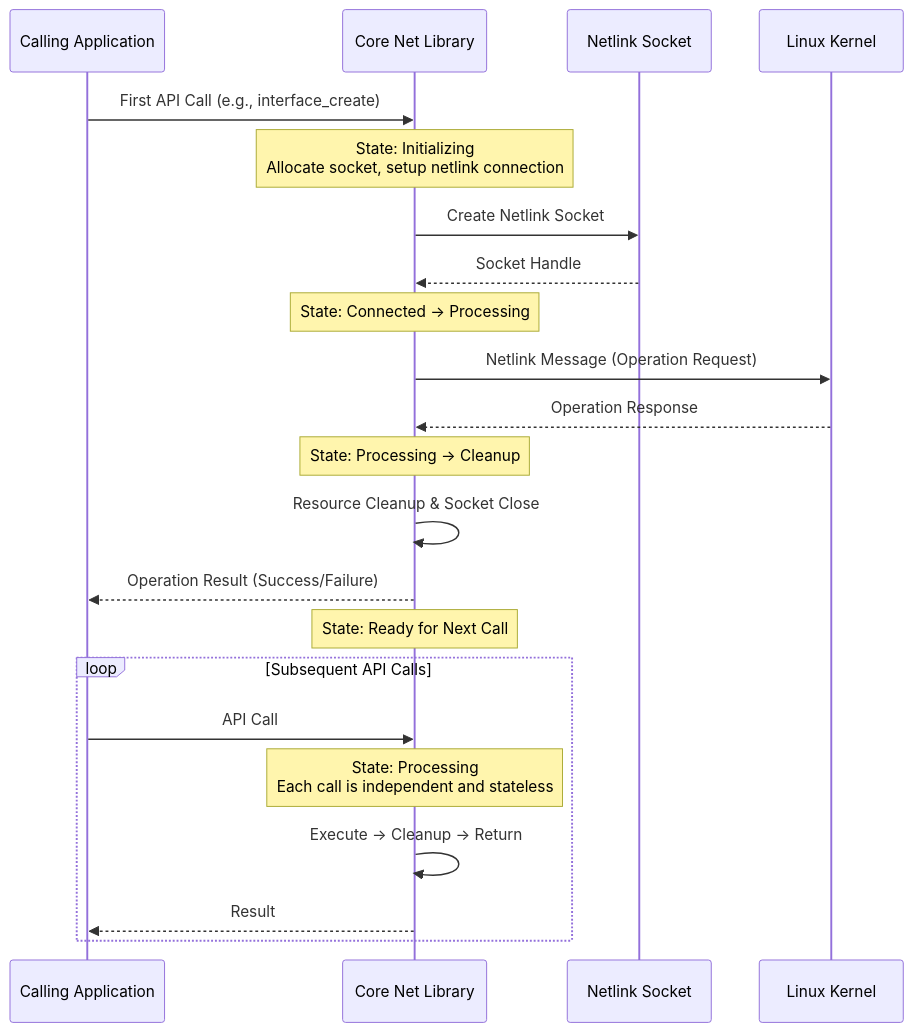
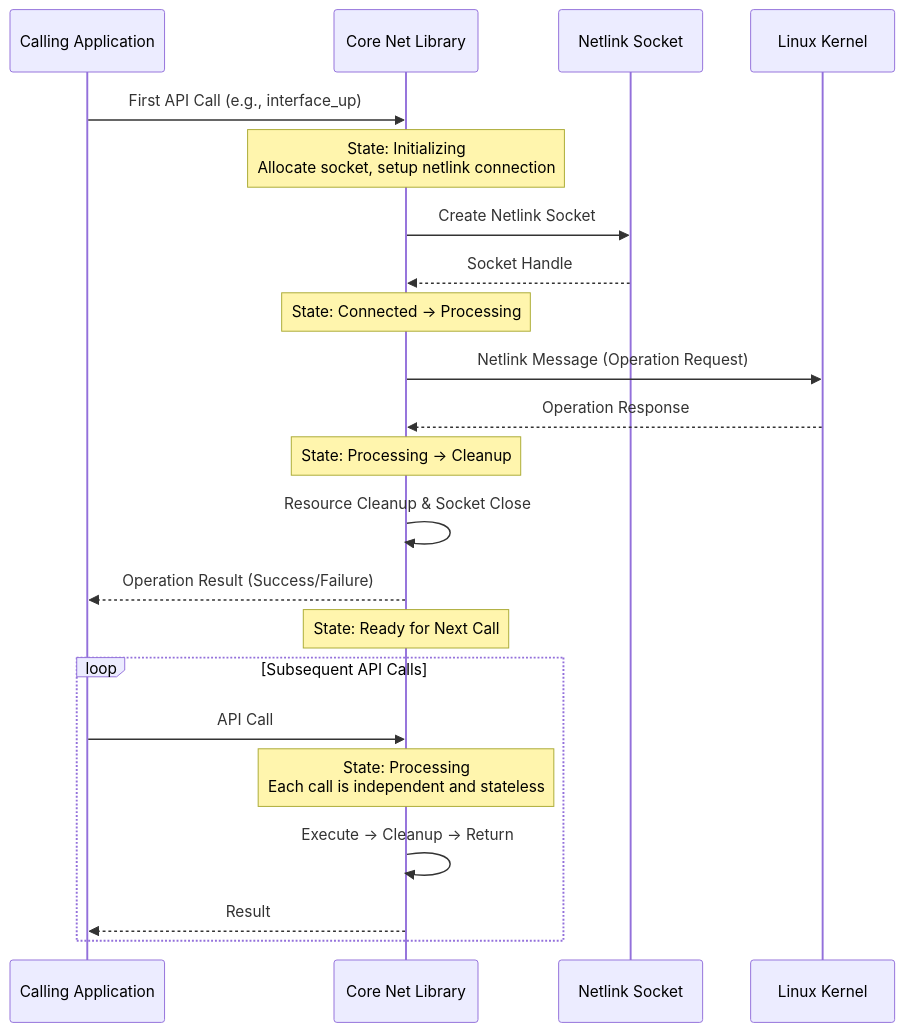
One commit to Ashrafbhanu-k/core-net-library changed the fifth of 9 diagrams in docs/README.md. Above: the diagram before and after it, drawn with Mermaid. The commit also changed other lines of this file, not shown here.

````diff
--- a/docs/README.md
+++ b/docs/README.md
@@ -241,29 +241,29 @@
 ```mermaid
 sequenceDiagram
     participant App as Calling Application
     participant CNL as Core Net Library
     participant Netlink as Netlink Socket
     participant Kernel as Linux Kernel
 
-    App->>CNL: First API Call (e.g., interface_create)
+    App->>CNL: First API Call (e.g., interface_up)
     Note over CNL: State: Initializing<br/>Allocate socket, setup netlink connection
 
     CNL->>Netlink: Create Netlink Socket
     Netlink-->>CNL: Socket Handle
     Note over CNL: State: Connected → Processing
 
     CNL->>Kernel: Netlink Message (Operation Request)
     Kernel-->>CNL: Operation Response
     Note over CNL: State: Processing → Cleanup
 
     CNL->>CNL: Resource Cleanup & Socket Close
     CNL-->>App: Operation Result (Success/Failure)
     Note over CNL: State: Ready for Next Call
 
     loop Subsequent API Calls
         App->>CNL: API Call
         Note over CNL: State: Processing<br/>Each call is independent and stateless
         CNL->>CNL: Execute → Cleanup → Return
         CNL-->>App: Result
     end
 ```
````
